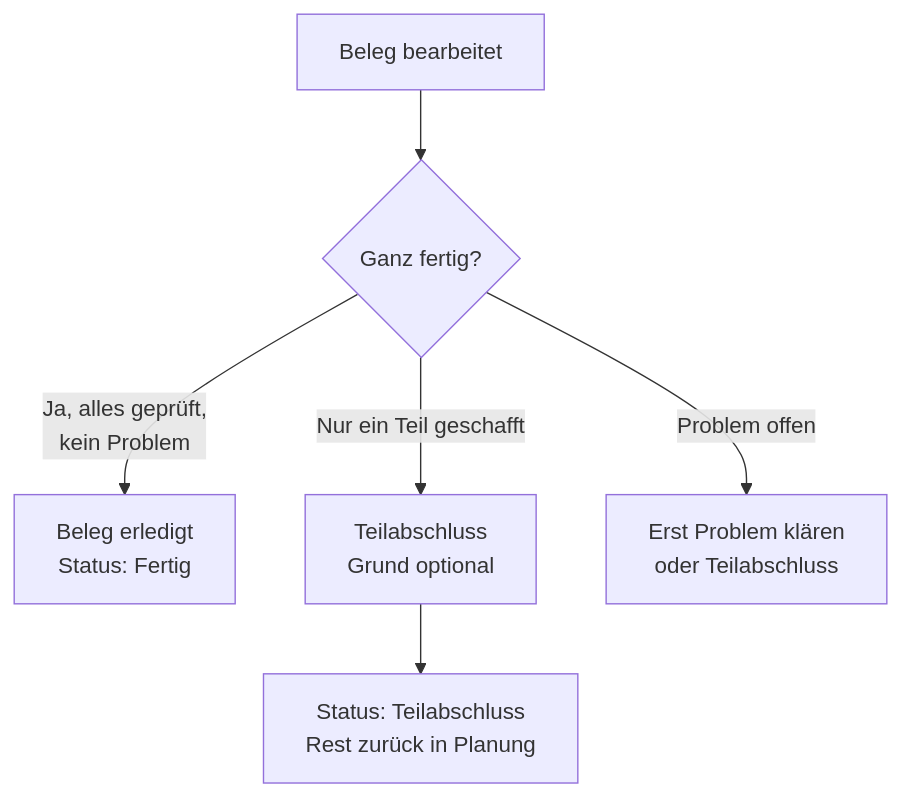
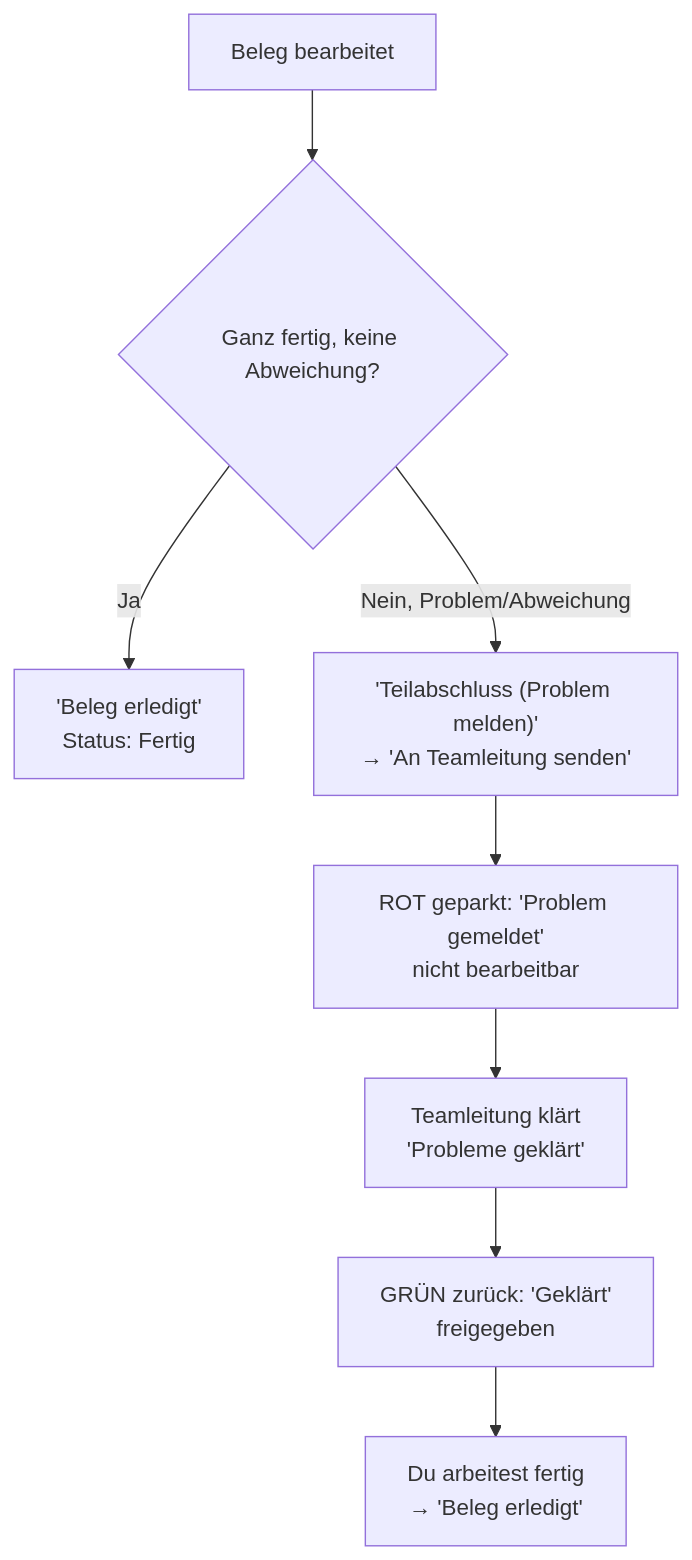
One commit to officialoniichat/paketdispov2 changed the diagram in docs/handbook/a5-erledigt-teilabschluss.md. Above: the diagram before and after it, drawn with Mermaid. The commit also changed other lines of this file and 11 other files, not shown here.

First line of the commit message:
docs(presentation): Kundenpräsentation der 4 neuen Mitarbeiterapp-Flows (Feedback 14.07.2026)

````diff
--- a/docs/handbook/a5-erledigt-teilabschluss.md
+++ b/docs/handbook/a5-erledigt-teilabschluss.md
@@ -41,8 +46,10 @@
 ```mermaid
 flowchart TD
-    A[Beleg bearbeitet] --> B{Ganz fertig?}
-    B -- Ja, alles geprüft,<br/>kein Problem --> C[Beleg erledigt<br/>Status: Fertig]
-    B -- Nur ein Teil geschafft --> D[Teilabschluss<br/>Grund optional]
-    D --> E[Status: Teilabschluss<br/>Rest zurück in Planung]
-    B -- Problem offen --> F[Erst Problem klären<br/>oder Teilabschluss]
+    A[Beleg bearbeitet] --> B{Ganz fertig, keine Abweichung?}
+    B -- Ja --> C["'Beleg erledigt'<br/>Status: Fertig"]
+    B -- Nein, Problem/Abweichung --> D["'Teilabschluss (Problem melden)'<br/>→ 'An Teamleitung senden'"]
+    D --> E[ROT geparkt: 'Problem gemeldet'<br/>nicht bearbeitbar]
+    E --> F[Teamleitung klärt<br/>'Probleme geklärt']
+    F --> G[GRÜN zurück: 'Geklärt'<br/>freigegeben]
+    G --> H[Du arbeitest fertig<br/>→ 'Beleg erledigt']
 ```
````
